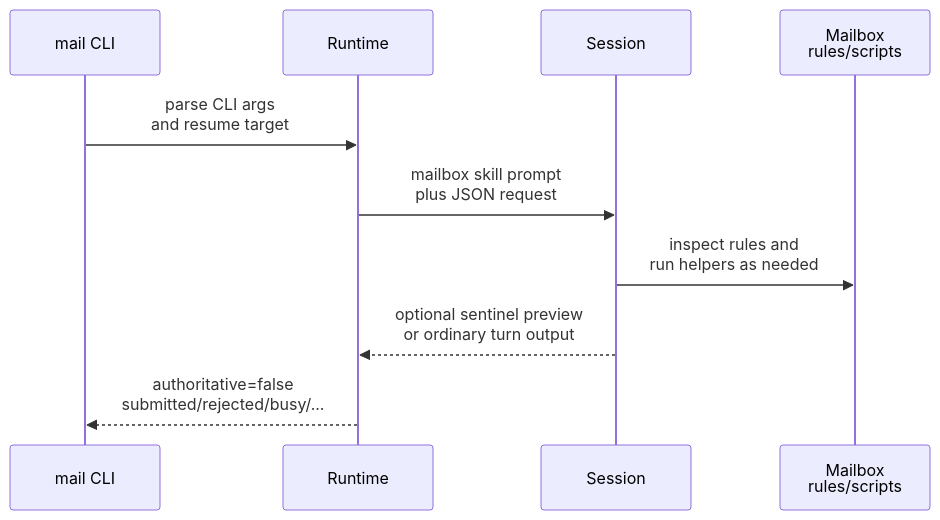
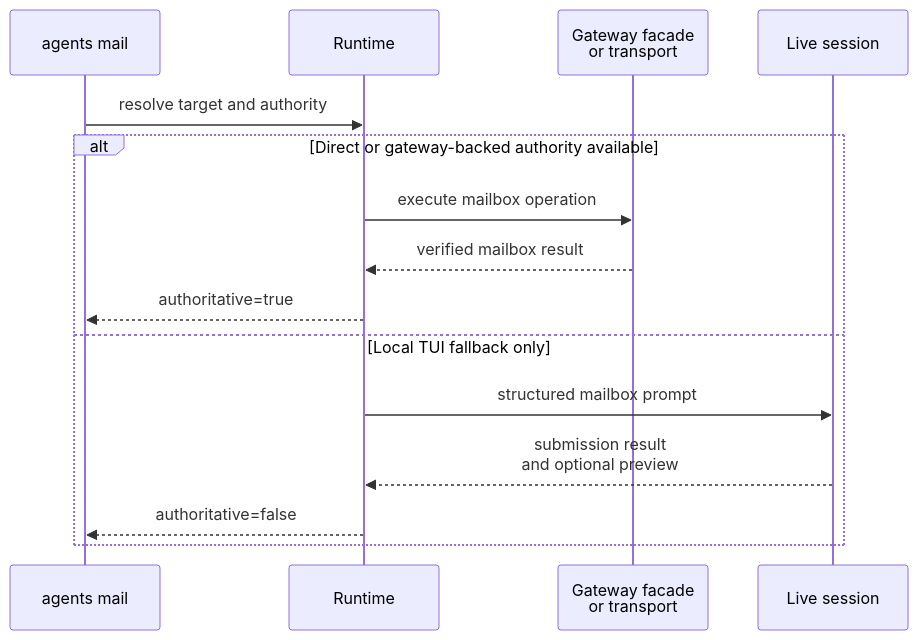
One commit to igamenovoer/houmao changed the diagram in docs/reference/mailbox/contracts/runtime-contracts.md. Above: the diagram before and after it, drawn with Mermaid. The commit also changed other lines of this file and 33 other files, not shown here.

Commit message:
feat: refactor agents mail discovery and fallback

````diff
--- a/docs/reference/mailbox/contracts/runtime-contracts.md
+++ b/docs/reference/mailbox/contracts/runtime-contracts.md
@@ -171,12 +159,17 @@
 ```mermaid
 sequenceDiagram
-    participant CLI as mail CLI
+    participant CLI as agents mail
     participant RT as Runtime
-    participant Ses as Session
-    participant FS as Mailbox<br/>rules/scripts
-    CLI->>RT: parse CLI args<br/>and resume target
-    RT->>Ses: mailbox skill prompt<br/>plus JSON request
-    Ses->>FS: inspect rules and<br/>run helpers as needed
-    Ses-->>RT: optional sentinel preview<br/>or ordinary turn output
-    RT-->>CLI: authoritative=false<br/>submitted/rejected/busy/...
+    participant MB as Gateway facade<br/>or transport
+    participant Ses as Live session
+    CLI->>RT: resolve target and authority
+    alt Direct or gateway-backed authority available
+        RT->>MB: execute mailbox operation
+        MB-->>RT: verified mailbox result
+        RT-->>CLI: authoritative=true
+    else Local TUI fallback only
+        RT->>Ses: structured mailbox prompt
+        Ses-->>RT: submission result<br/>and optional preview
+        RT-->>CLI: authoritative=false
+    end
 ```
````
